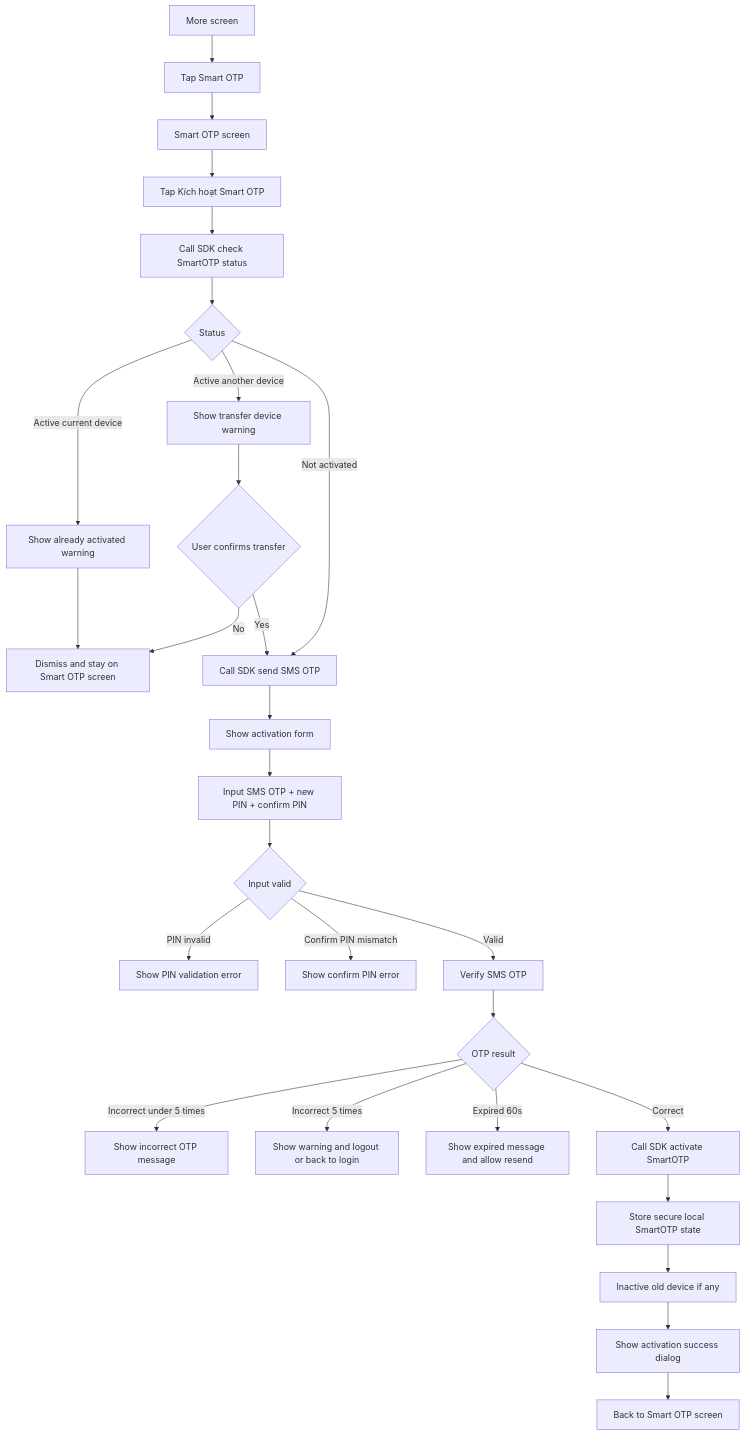
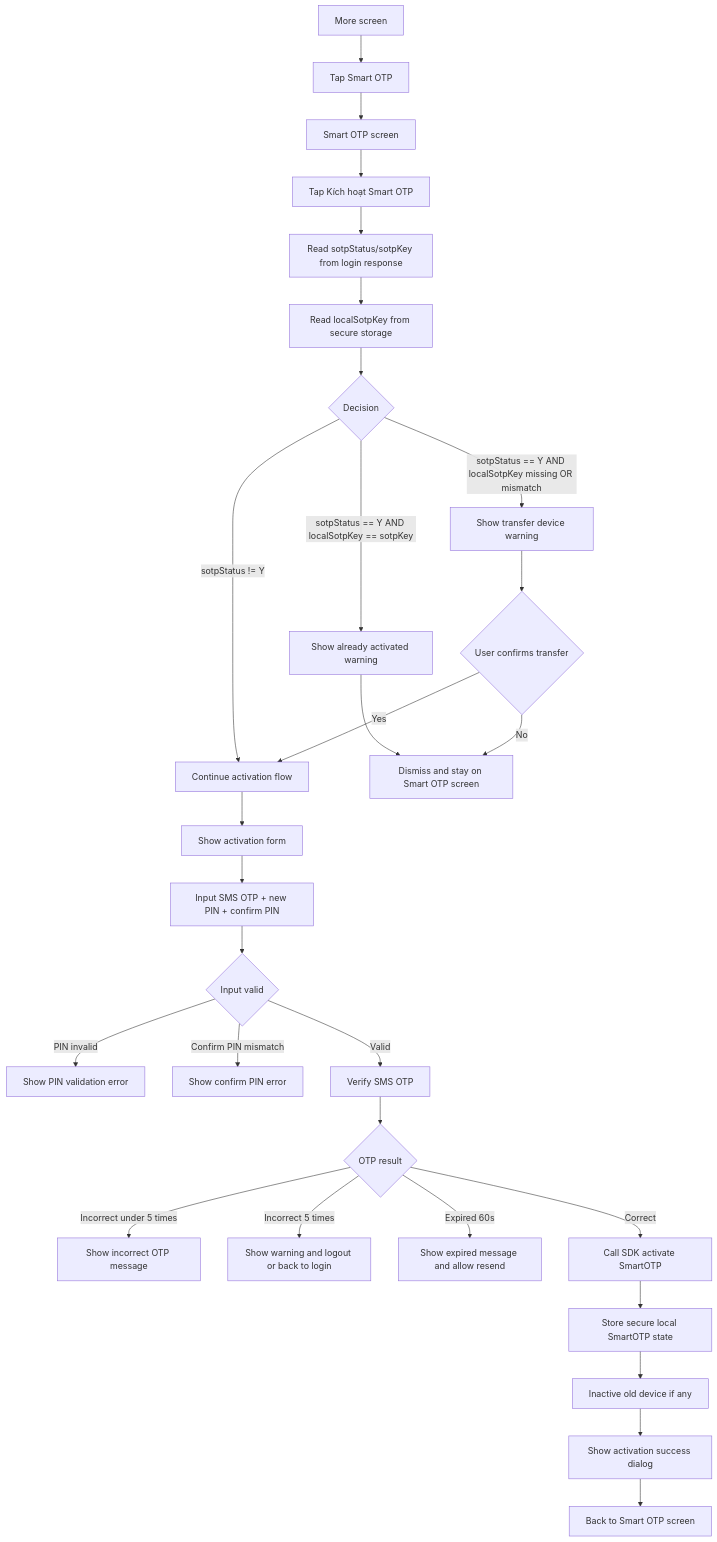
Before and after one commit to ducnmnhsv/midu-stuffs: the diagram in Smart OTP - multi channels/Issues/01_FE_Issue_Kich_Hoat_SmartOTP.md, drawn with Mermaid. The commit also changed other lines of this file and 6 other files, not shown here.

Commit message:
feat: Enhance Smart OTP documentation with status detection rules and flow diagrams. Update API mapping to include new fields for SmartOTP activation status and device verification. Improve clarity on user experience and decision-making processes for activation and code retrieval.

````diff
--- a/Smart OTP - multi channels/Issues/01_FE_Issue_Kich_Hoat_SmartOTP.md
+++ b/Smart OTP - multi channels/Issues/01_FE_Issue_Kich_Hoat_SmartOTP.md
@@ -102,34 +122,35 @@
 ```mermaid
 flowchart TD
   A[More screen] --> B[Tap Smart OTP]
   B --> C[Smart OTP screen]
   C --> D[Tap Kích hoạt Smart OTP]
-  D --> E[Call SDK check SmartOTP status]
-  E --> F{Status}
+  D --> E[Read sotpStatus/sotpKey from login response]
+  E --> E2[Read localSotpKey from secure storage]
+  E2 --> F{Decision}
 
-  F -->|Active current device| G[Show already activated warning]
+  F -->|sotpStatus != Y| K[Continue activation flow]
+  F -->|sotpStatus == Y AND localSotpKey == sotpKey| G[Show already activated warning]
   G --> H[Dismiss and stay on Smart OTP screen]
 
-  F -->|Active another device| I[Show transfer device warning]
+  F -->|sotpStatus == Y AND localSotpKey missing OR mismatch| I[Show transfer device warning]
   I --> J{User confirms transfer}
   J -->|No| H
-  J -->|Yes| K[Call SDK send SMS OTP]
+  J -->|Yes| K
 
-  F -->|Not activated| K
   K --> L[Show activation form]
   L --> M[Input SMS OTP + new PIN + confirm PIN]
   M --> N{Input valid}
   N -->|PIN invalid| O[Show PIN validation error]
   N -->|Confirm PIN mismatch| P[Show confirm PIN error]
   N -->|Valid| Q[Verify SMS OTP]
 
   Q --> R{OTP result}
   R -->|Incorrect under 5 times| S[Show incorrect OTP message]
   R -->|Incorrect 5 times| T[Show warning and logout or back to login]
   R -->|Expired 60s| U[Show expired message and allow resend]
   R -->|Correct| V[Call SDK activate SmartOTP]
   V --> W[Store secure local SmartOTP state]
   W --> X[Inactive old device if any]
   X --> Y[Show activation success dialog]
   Y --> Z[Back to Smart OTP screen]
 ```
````
